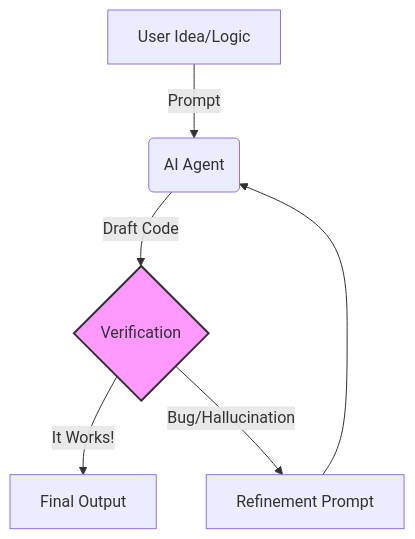
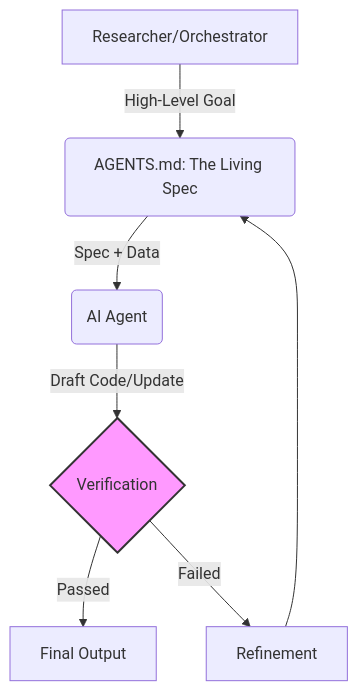
One commit to jt14den/vibe-coding-lesson changed the diagram in episodes/01-cli-intro.md. Above: the diagram before and after it, drawn with Mermaid. The commit also changed other lines of this file and 11 other files, not shown here.

Commit message:
refactor: align entire lesson with Spec-Driven Research Orchestration and AGENTS.md standards

````diff
--- a/episodes/01-cli-intro.md
+++ b/episodes/01-cli-intro.md
@@ -56,9 +56,10 @@
 ```mermaid
 graph TD
-    A[User Idea/Logic] -->|Prompt| B(AI Agent)
-    B -->|Draft Code| C{Verification}
-    C -->|It Works!| D[Final Output]
-    C -->|Bug/Hallucination| E[Refinement Prompt]
-    E --> B
-    style C fill:#f9f,stroke:#333,stroke-width:2px
+    A[Researcher/Orchestrator] -->|High-Level Goal| B(AGENTS.md: The Living Spec)
+    B -->|Spec + Data| C(AI Agent)
+    C -->|Draft Code/Update| D{Verification}
+    D -->|Passed| E[Final Output]
+    D -->|Failed| F[Refinement]
+    F --> B
+    style D fill:#f9f,stroke:#333,stroke-width:2px
 ```
````
